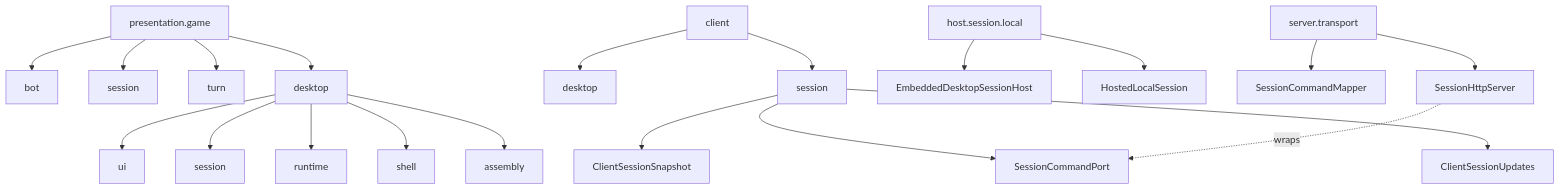
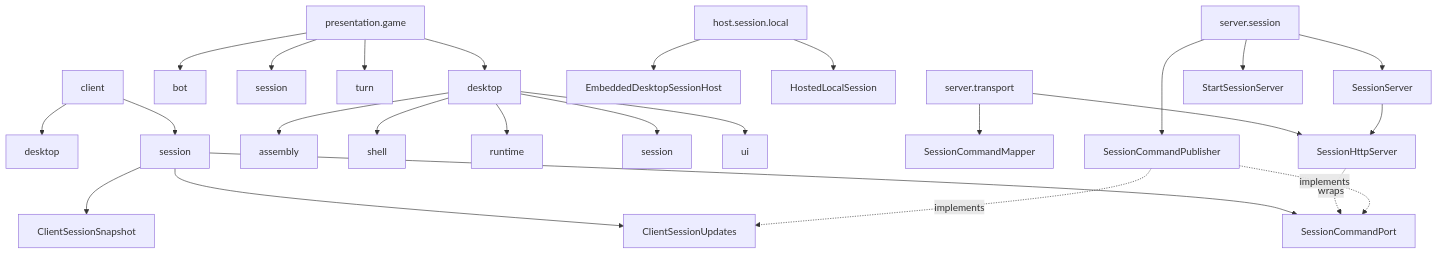
Before and after one commit to Jukkakot/MonopolyApp: the fourth of 6 diagrams in docs/architecture-overview-diagrams.md, drawn with Mermaid. The commit also changed other lines of this file and 2 other files, not shown here.

Commit message:
Update docs and TODO: server.session package complete, Java 21, DecisionPayload
- architecture-overview-diagrams.md: add server.session subgraph
  (SessionServer, SessionCommandPublisher, StartSessionServer) to package
  view; update migration summary with Java 21, DecisionPayload, and
  server.session status
- current-architecture-status.md: mark SessionCommandPublisher as done;
  clarify remaining blocker is PureDomainSessionFactory
- TODO.txt: add backend extraction section with High/Medium/Low items
  covering rule extraction, gateway replacement, PureDomainSessionFactory,
  client snapshot rendering, and HTTP integration test

````diff
--- a/docs/architecture-overview-diagrams.md
+++ b/docs/architecture-overview-diagrams.md
@@ -298,30 +298,38 @@
 ```mermaid
 flowchart TD
     ROOT[presentation.game]
     CLIENTROOT[client]
     HOSTROOT[host.session.local]
     ROOT --> BOT[bot]
     ROOT --> SESSION[session]
     ROOT --> TURN[turn]
     ROOT --> DESKTOP[desktop]
     CLIENTROOT --> CLIENTDESKTOP[desktop]
     CLIENTROOT --> CLIENTSESSION[session]
 
     DESKTOP --> ASSEMBLY[assembly]
     DESKTOP --> SHELL[shell]
     DESKTOP --> RUNTIME[runtime]
     DESKTOP --> DESKTOPSESSION[session]
     DESKTOP --> UI[ui]
 
     CLIENTSESSION --> CMDPORT[SessionCommandPort]
     CLIENTSESSION --> CLIENTUPDATES[ClientSessionUpdates]
     CLIENTSESSION --> SNAPSHOT[ClientSessionSnapshot]
 
     HOSTROOT --> EMBHOST[EmbeddedDesktopSessionHost]
     HOSTROOT --> HOSTEDLOCAL[HostedLocalSession]
 
     SERVERROOT[server.transport]
     SERVERROOT --> CMDMAPPER[SessionCommandMapper]
     SERVERROOT --> HTTPSERVER[SessionHttpServer]
     HTTPSERVER -.->|wraps| CMDPORT
+
+    SERVERSESSION[server.session]
+    SERVERSESSION --> SESSIONSERVER[SessionServer]
+    SERVERSESSION --> PUBLISHER[SessionCommandPublisher]
+    SERVERSESSION --> STARTSERVER[StartSessionServer]
+    SESSIONSERVER --> HTTPSERVER
+    PUBLISHER -.->|implements| CMDPORT
+    PUBLISHER -.->|implements| CLIENTUPDATES
 ```
````
